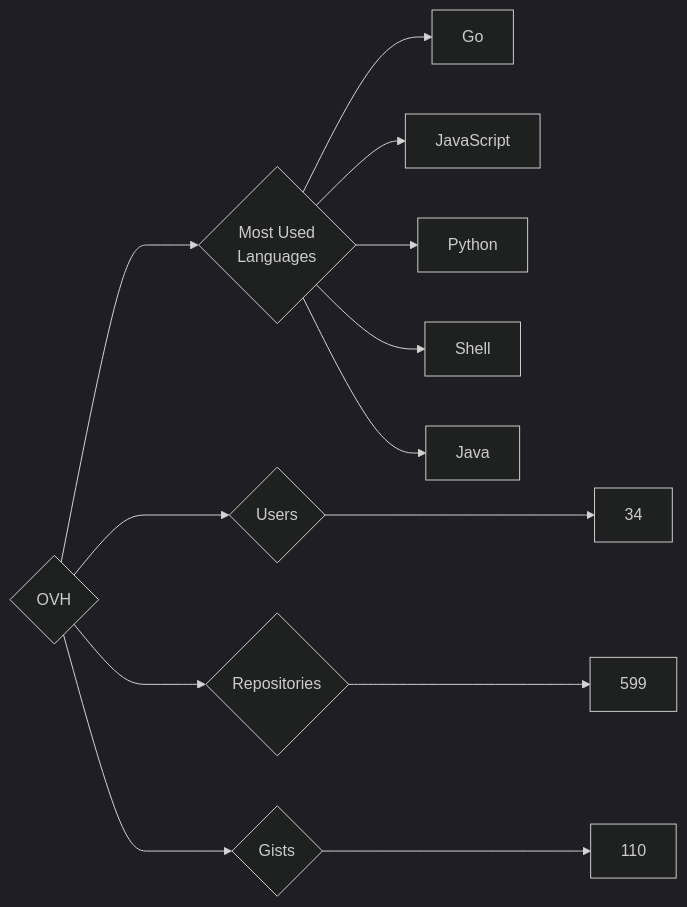
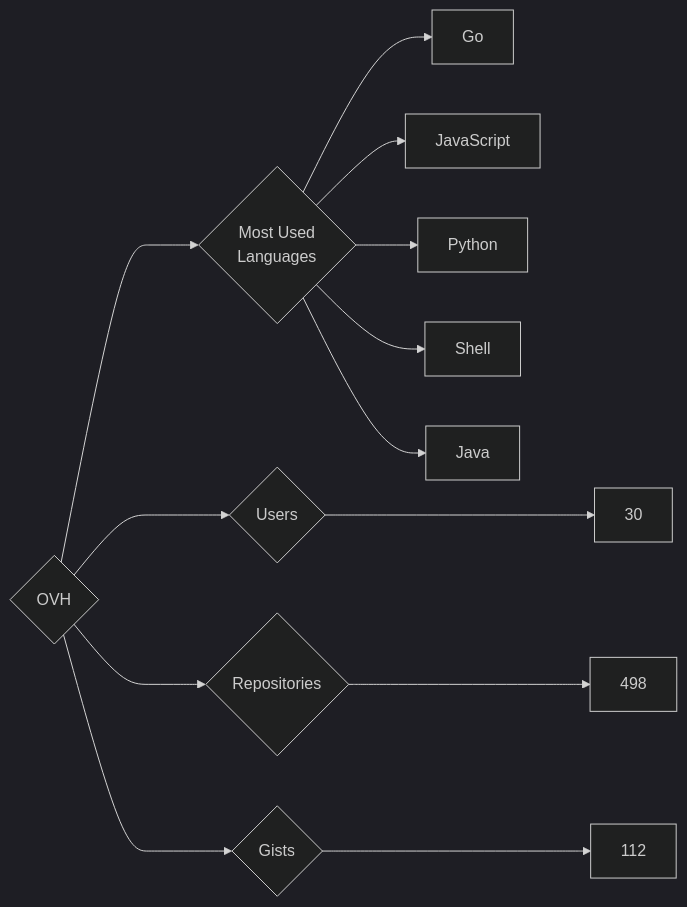
The diagram in targets/OVH/README.md (trickest/insiders), drawn with Mermaid (dark theme) before and after one commit. The commit also changed 898 other files, not shown here.

````diff
--- a/targets/OVH/README.md
+++ b/targets/OVH/README.md
@@ -3,13 +3,13 @@
 ```mermaid
 graph LR
 COMPANY_NAME{OVH}
-COMPANY_NAME ---> U{Users} ---> UN[34]
-COMPANY_NAME ---> R{Repositories} ---> RN[599]
-COMPANY_NAME ---> G{Gists} ---> GN[110]
+COMPANY_NAME ---> U{Users} ---> UN[30]
+COMPANY_NAME ---> R{Repositories} ---> RN[498]
+COMPANY_NAME ---> G{Gists} ---> GN[112]
 COMPANY_NAME ---> ML{Most Used<br>Languages}
 ML --> Go[Go]
 ML --> JavaScript[JavaScript]
 ML --> Python[Python]
 ML --> Shell[Shell]
 ML --> Java[Java]
 ```
````
